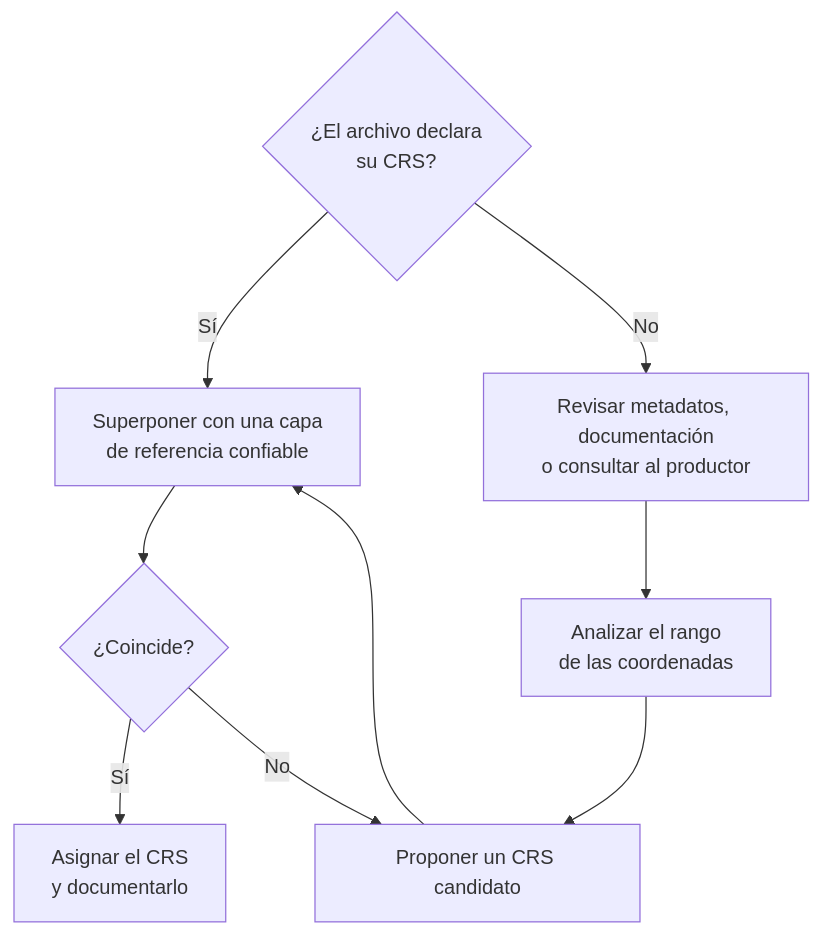
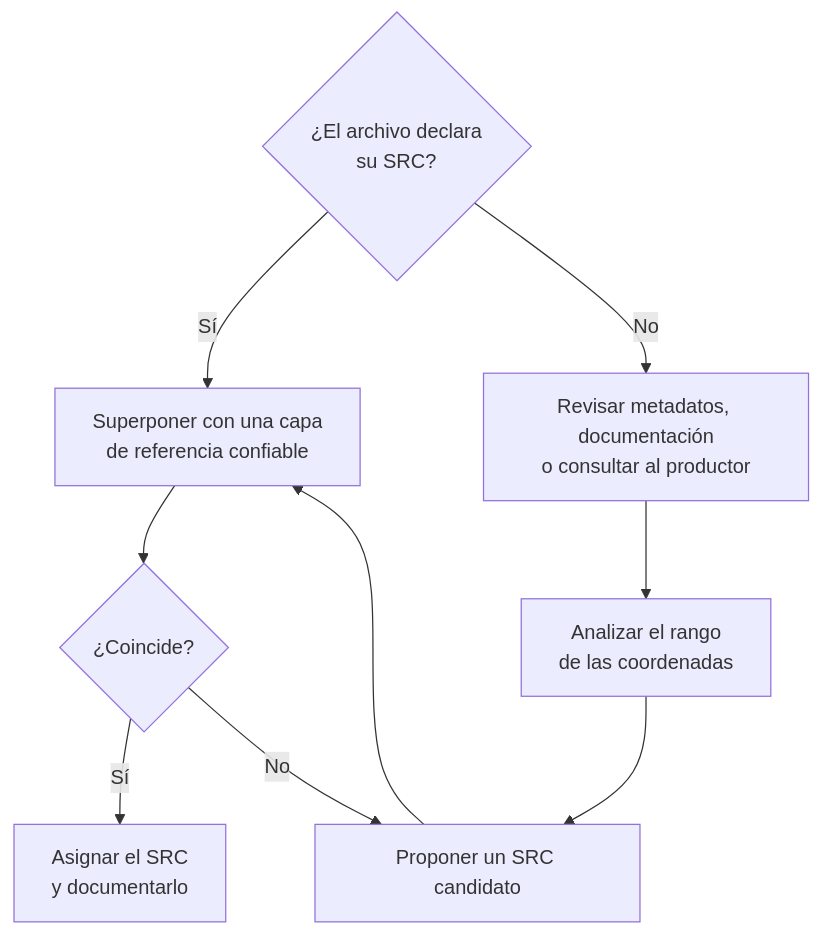
Before and after one commit to CHpass369/106_curso_qgis_introductorio: the second of 2 diagrams in docs/modulo-01/04-sistemas-referencia.md, drawn with Mermaid. The commit also changed other lines of this file and 16 other files, not shown here.

````diff
--- a/docs/modulo-01/04-sistemas-referencia.md
+++ b/docs/modulo-01/04-sistemas-referencia.md
@@ -516,18 +520,18 @@
 ```mermaid
 flowchart TB
-    A{"¿El archivo declara<br/>su CRS?"}
+    A{"¿El archivo declara<br/>su SRC?"}
     B["Revisar metadatos, documentación<br/>o consultar al productor"]
     C["Analizar el rango<br/>de las coordenadas"]
-    D["Proponer un CRS candidato"]
+    D["Proponer un SRC candidato"]
     E["Superponer con una capa<br/>de referencia confiable"]
     F{"¿Coincide?"}
-    G["Asignar el CRS<br/>y documentarlo"]
+    G["Asignar el SRC<br/>y documentarlo"]
     A -- "Sí" --> E
     A -- "No" --> B
     B --> C
     C --> D
     D --> E
     E --> F
     F -- "Sí" --> G
     F -- "No" --> D
 ```
````
